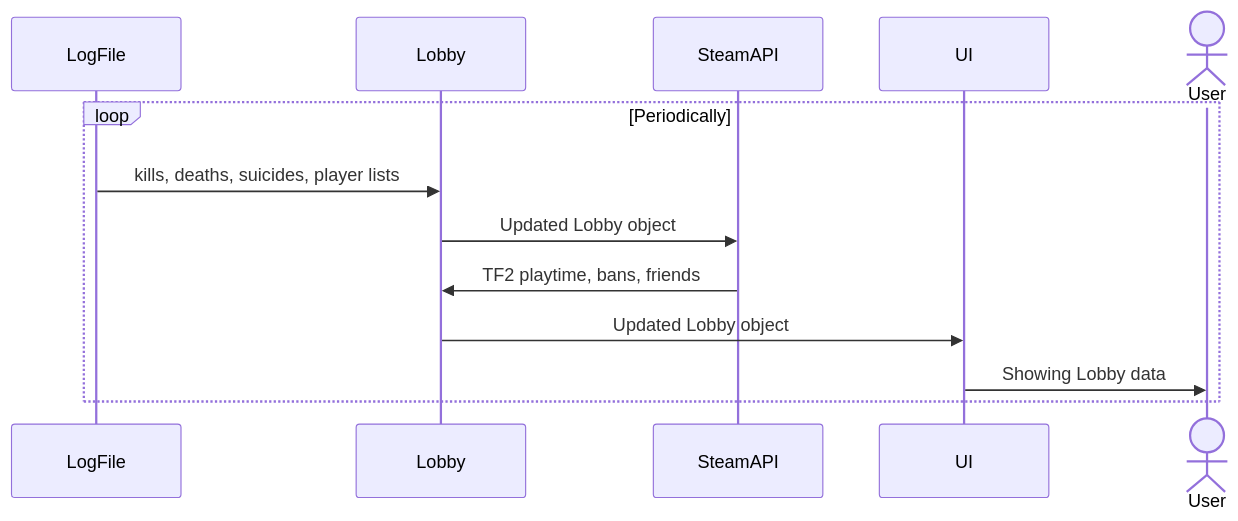
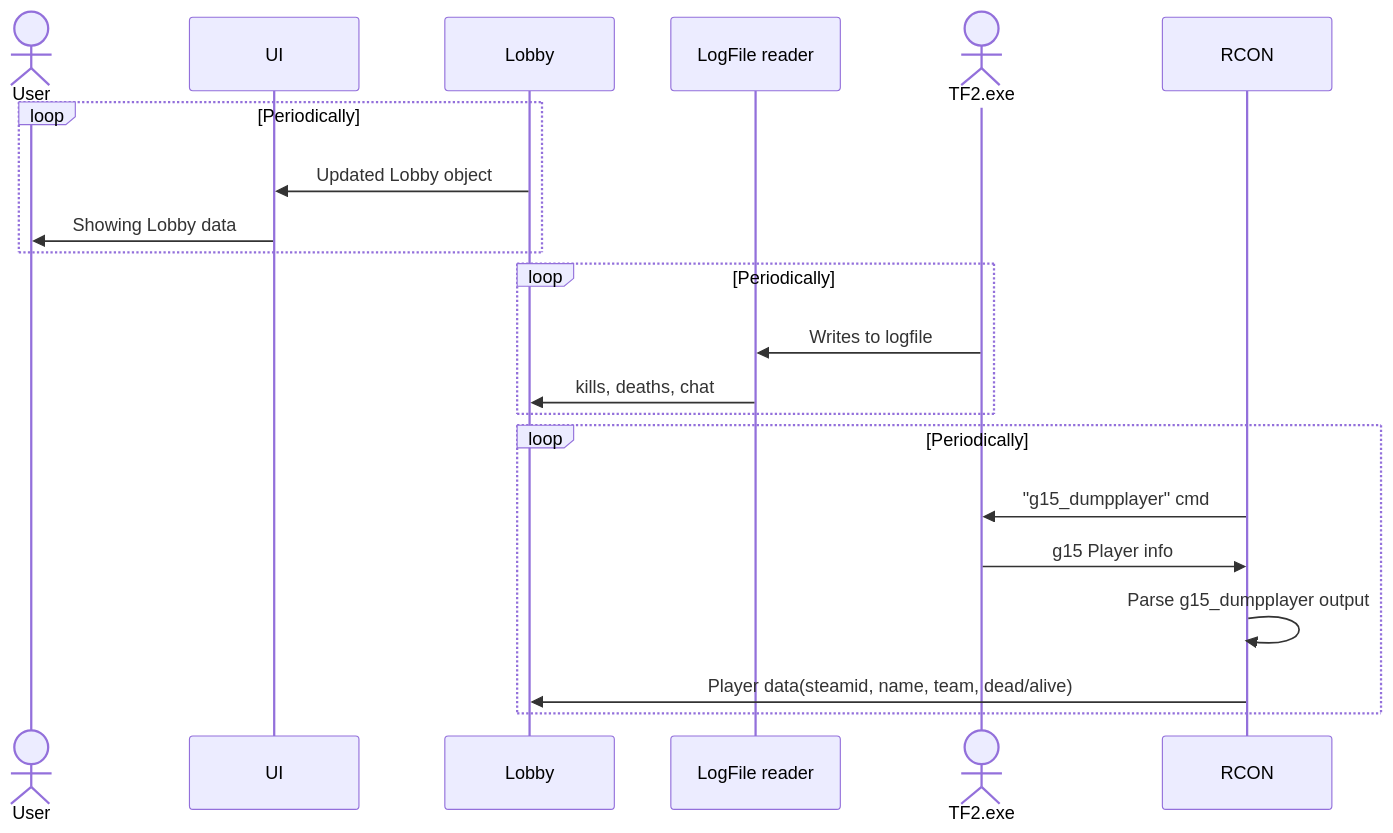
The first of 3 diagrams in ARCHITECTURE.md (aftershavetf2/TF2Monitor), drawn with Mermaid before and after one commit. The commit also changed other lines of this file, not shown here.

````diff
--- a/ARCHITECTURE.md
+++ b/ARCHITECTURE.md
@@ -21,17 +27,31 @@
 ```mermaid
 sequenceDiagram
+    actor User
+
+    participant UI
+    participant Lobby
+
+    participant LogFile as LogFile reader
+    actor TF2 as TF2.exe
+
+    participant RCON
 
     loop Periodically
-        LogFile->>Lobby: kills, deaths, suicides, player lists
-
-        Lobby->>SteamAPI: Updated Lobby object
-
-        SteamAPI->>Lobby: TF2 playtime, bans, friends
-
         Lobby->>UI: Updated Lobby object
-
-        actor User
         UI->>User: Showing Lobby data
     end
 
+    loop Periodically
+        TF2->>LogFile: Writes to logfile
+        LogFile->>Lobby: kills, deaths, chat
+
+    end
+
+    loop Periodically
+        RCON->>TF2: "g15_dumpplayer" cmd
+        TF2->>RCON: g15 Player info
+
+        RCON->>RCON: Parse g15_dumpplayer output
+        RCON->>Lobby: Player data(steamid, name, team, dead/alive)
+    end
 ```
````
